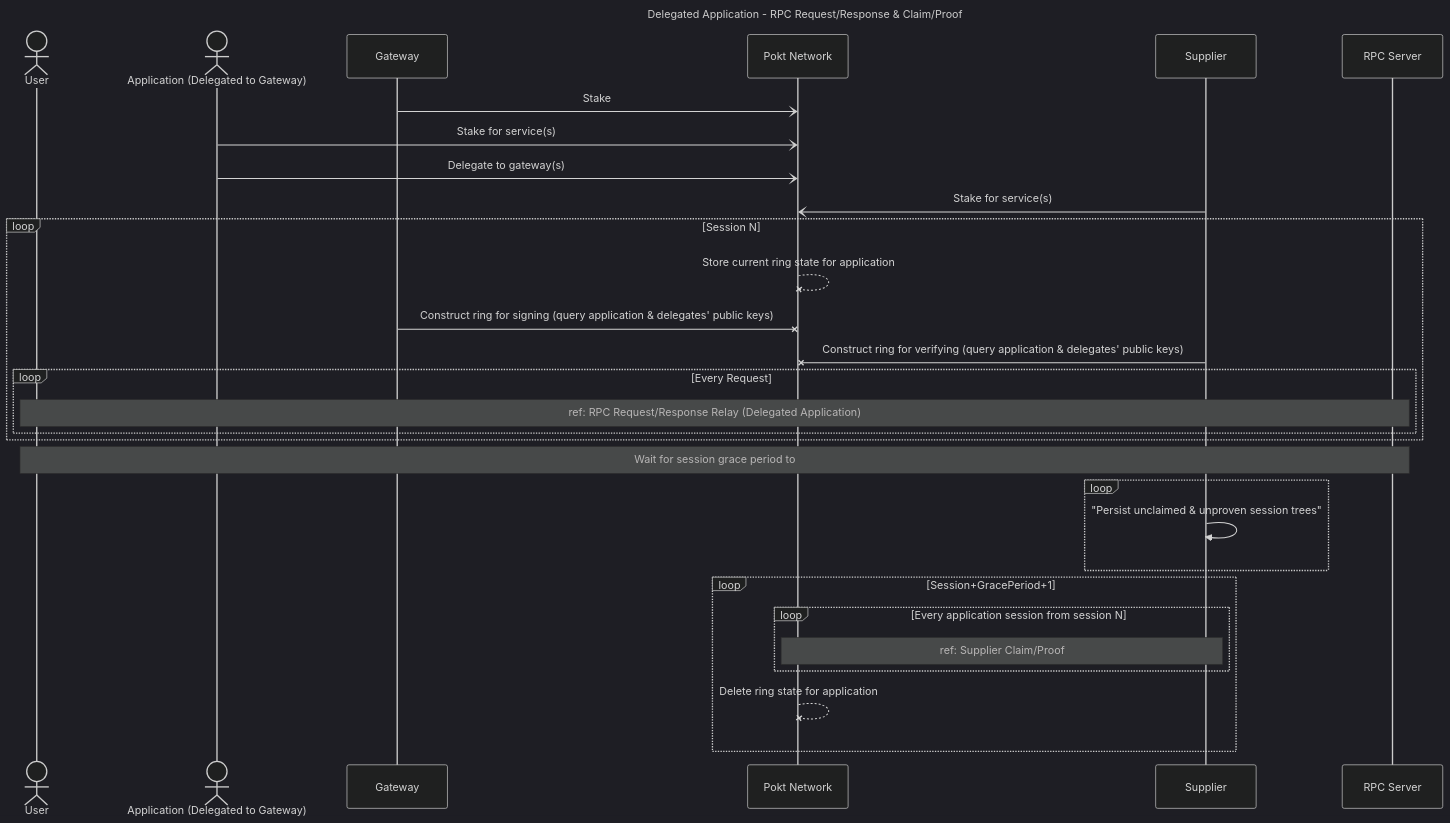
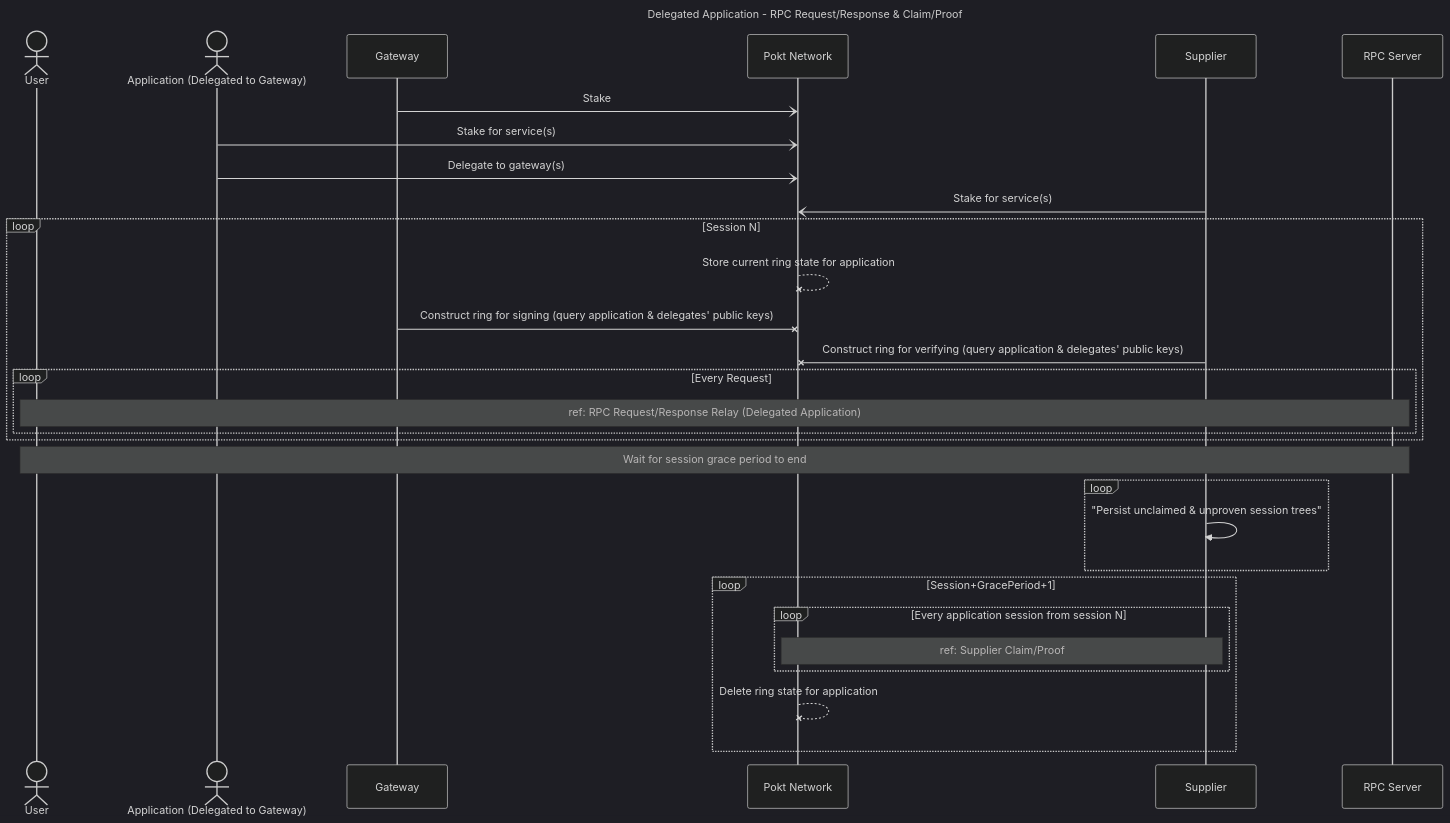
The second of 3 diagrams in docusaurus/docs/protocol/primitives/relay_mining.md (pokt-network/poktroll), drawn with Mermaid (dark theme) before and after one commit.

````diff
--- a/docusaurus/docs/protocol/primitives/relay_mining.md
+++ b/docusaurus/docs/protocol/primitives/relay_mining.md
@@ -90,41 +90,41 @@
 ```mermaid
 ---
 title: Delegated Application - RPC Request/Response & Claim/Proof
 ---
 sequenceDiagram
     actor user as User
     actor app as Application (Delegated to Gateway)
     participant gw as Gateway
     participant pokt as Pokt Network
     participant sup as Supplier
     participant rpc as RPC Server
 
 %% par Staking & Delegation
     gw-)pokt: Stake
     app-)pokt: Stake for service(s)
     app-)pokt: Delegate to gateway(s)
     sup-)pokt: Stake for service(s)
 %% end
 
     loop Session N
         pokt--xpokt: Store current ring state for application
         gw-xpokt: Construct ring for signing (query application & delegates' public keys)
         sup-xpokt: Construct ring for verifying (query application & delegates' public keys)
         loop Every Request
             Note over user,rpc: ref: RPC Request/Response Relay (Delegated Application)
         end
     end
 
-    note over user,rpc: Wait for session grace period to
+    note over user,rpc: Wait for session grace period to end
 
     loop
         sup->>sup: "Persist unclaimed & unproven session trees"
     end
 
     loop Session+GracePeriod+1
         loop Every application session from session N
             Note over pokt,sup: ref: Supplier Claim/Proof
         end
         pokt--xpokt: Delete ring state for application
     end
 ```
````
